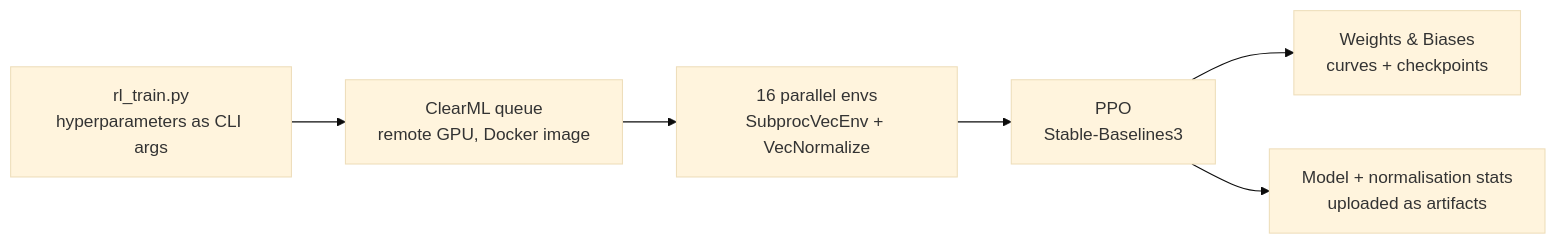
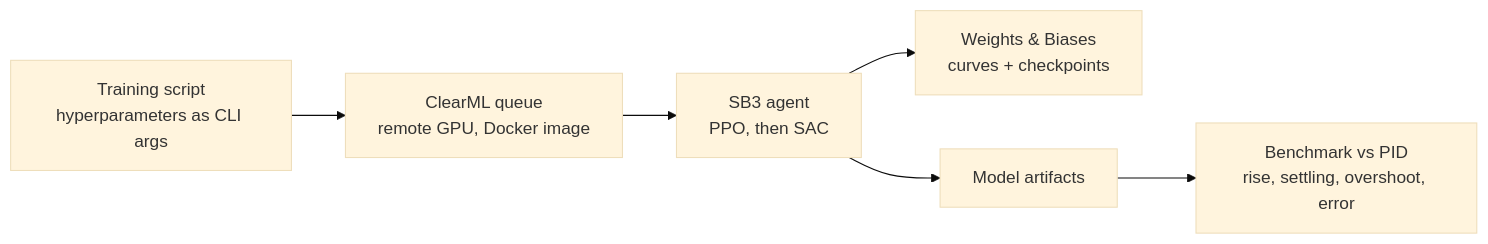
Before and after one commit to leventestaub/portfolio: the diagram in robotics.md, drawn with Mermaid (base theme). The commit also changed other lines of this file and 3 other files, not shown here.

````diff
--- a/robotics.md
+++ b/robotics.md
@@ -16,8 +17,8 @@
 ```mermaid
 flowchart LR
-  CLI[rl_train.py<br/>hyperparameters as CLI args] --> Q[ClearML queue<br/>remote GPU, Docker image]
-  Q --> ENV[16 parallel envs<br/>SubprocVecEnv + VecNormalize]
-  ENV --> PPO[PPO<br/>Stable-Baselines3]
-  PPO --> WB[Weights & Biases<br/>curves + checkpoints]
-  PPO --> ART[Model + normalisation stats<br/>uploaded as artifacts]
+  CLI[Training script<br/>hyperparameters as CLI args] --> Q[ClearML queue<br/>remote GPU, Docker image]
+  Q --> RL[SB3 agent<br/>PPO, then SAC]
+  RL --> WB[Weights & Biases<br/>curves + checkpoints]
+  RL --> ART[Model artifacts]
+  ART --> CMP[Benchmark vs PID<br/>rise, settling, overshoot, error]
 ```
````
